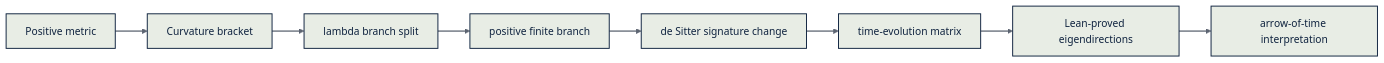
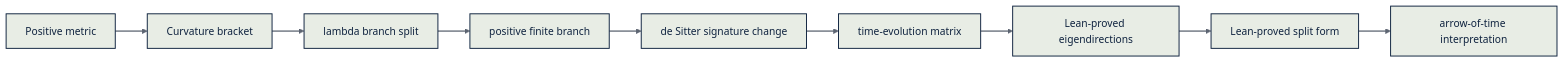
Before and after one commit to rishistyping/ii-logos-spacetime-derivation: the first of 2 diagrams in docs/public-reader-preview.md, drawn with Mermaid. The commit also changed other lines of this file and 46 other files, not shown here.

````diff
--- a/docs/public-reader-preview.md
+++ b/docs/public-reader-preview.md
@@ -100,12 +113,13 @@
 ```mermaid
 flowchart LR
     A["Positive metric"] --> B["Curvature bracket"]
     B --> C["lambda branch split"]
     C --> D["positive finite branch"]
     D --> E["de Sitter signature change"]
     E --> F["time-evolution matrix"]
     F --> G["Lean-proved eigendirections"]
-    G --> H["arrow-of-time interpretation"]
+    G --> H["Lean-proved split form"]
+    H --> I["arrow-of-time interpretation"]
     classDef default fill:#E8EDE5,stroke:#0F233F,stroke-width:1.5px,color:#0F233F;
     linkStyle default stroke:#5D6572,stroke-width:2px;
 ```
````
